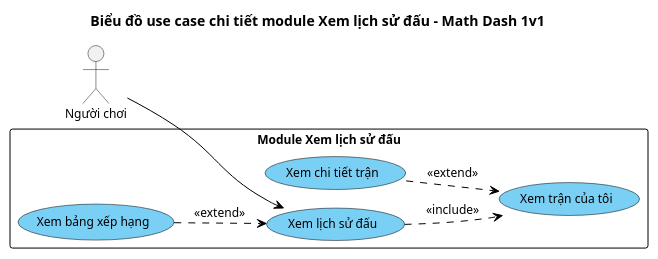
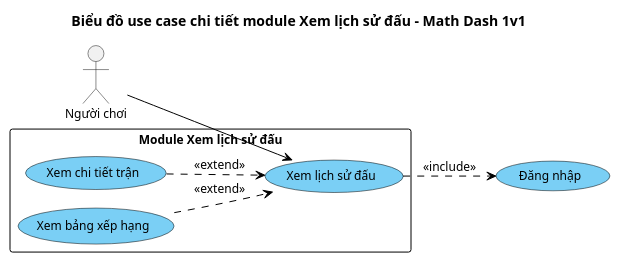
Before and after one commit to HungNguyenBa1811/math-dash: the diagram in docs/hung/uc-chi-tiet-lich-su-dau.puml, drawn with PlantUML. The commit also changed 11 other files, not shown here.

```diff
--- a/docs/hung/uc-chi-tiet-lich-su-dau.puml
+++ b/docs/hung/uc-chi-tiet-lich-su-dau.puml
@@ -1,38 +1,38 @@
 @startuml uc-chi-tiet-lich-su-dau
 !pragma layout smetana
 ' === VP Base Theme v2 ===
 skinparam defaultFontName "Segoe UI"
 skinparam defaultFontSize 12
 skinparam shadowing false
 skinparam arrowColor #000000
 skinparam lineColor #000000
 hide circle
 
 skinparam usecase {
   BackgroundColor #7ACFF5
   BorderColor Black
   FontColor Black
 }
 skinparam rectangle {
   BackgroundColor #FFFFFF
   BorderColor Black
 }
 
 left to right direction
 title Biểu đồ use case chi tiết module Xem lịch sử đấu – Math Dash 1v1
 
 actor "Người chơi" as A1
 
 rectangle "Module Xem lịch sử đấu" {
   usecase "Xem lịch sử đấu" as UC04
-  usecase "Xem trận của tôi" as TCT
   usecase "Xem chi tiết trận" as CT
   usecase "Xem bảng xếp hạng" as BXH
 }
+usecase "Đăng nhập" as DN
 
 A1 --> UC04
 
-UC04 ..> TCT : <<include>>
-CT ..> TCT : <<extend>>
+UC04 ..> DN : <<include>>
+CT ..> UC04 : <<extend>>
 BXH ..> UC04 : <<extend>>
 @enduml
```
